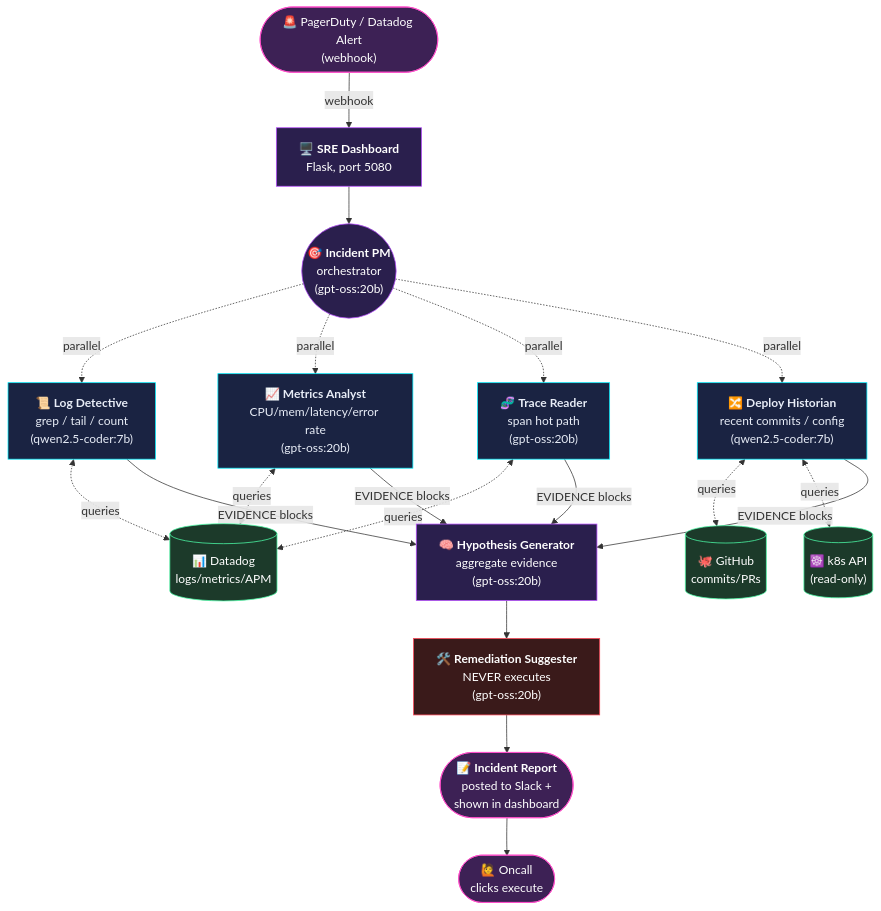
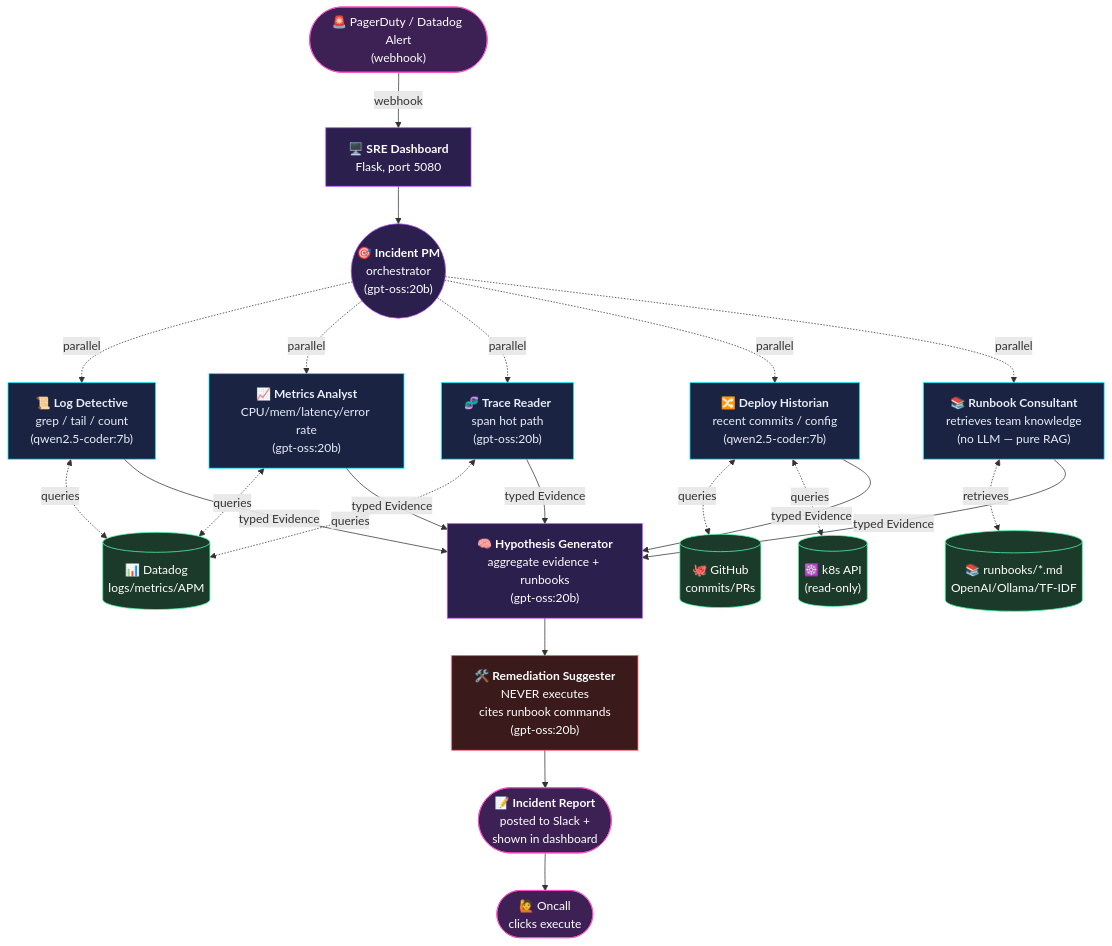
One commit to doraemonlyz-jpg/sre-agent changed the first of 2 diagrams in DESIGN.md. Above: the diagram before and after it, drawn with Mermaid. The commit also changed other lines of this file and 30 other files, not shown here.

````diff
--- a/DESIGN.md
+++ b/DESIGN.md
@@ -64,43 +64,46 @@
 ```mermaid
 flowchart TB
     Alert(["🚨 PagerDuty / Datadog Alert<br/>(webhook)"])
     Dash["🖥️ <b>SRE Dashboard</b><br/>Flask, port 5080"]
 
     PM(("🎯 <b>Incident PM</b><br/>orchestrator<br/>(gpt-oss:20b)"))
 
     LD["📜 <b>Log Detective</b><br/>grep / tail / count<br/>(qwen2.5-coder:7b)"]
     MA["📈 <b>Metrics Analyst</b><br/>CPU/mem/latency/error rate<br/>(gpt-oss:20b)"]
     TR["🧬 <b>Trace Reader</b><br/>span hot path<br/>(gpt-oss:20b)"]
     DH["🔀 <b>Deploy Historian</b><br/>recent commits / config<br/>(qwen2.5-coder:7b)"]
+    RC["📚 <b>Runbook Consultant</b><br/>retrieves team knowledge<br/>(no LLM — pure RAG)"]
 
-    HG["🧠 <b>Hypothesis Generator</b><br/>aggregate evidence<br/>(gpt-oss:20b)"]
-    RS["🛠️ <b>Remediation Suggester</b><br/>NEVER executes<br/>(gpt-oss:20b)"]
+    HG["🧠 <b>Hypothesis Generator</b><br/>aggregate evidence + runbooks<br/>(gpt-oss:20b)"]
+    RS["🛠️ <b>Remediation Suggester</b><br/>NEVER executes<br/>cites runbook commands<br/>(gpt-oss:20b)"]
 
     DD[("📊 Datadog<br/>logs/metrics/APM")]
     GH[("🐙 GitHub<br/>commits/PRs")]
     K8S[("☸️ k8s API<br/>(read-only)")]
+    RB[("📚 runbooks/*.md<br/>OpenAI/Ollama/TF-IDF")]
 
     Report(["📝 <b>Incident Report</b><br/>posted to Slack +<br/>shown in dashboard"])
     Human(["🙋 Oncall<br/>clicks execute"])
 
     Alert -->|webhook| Dash --> PM
-    PM -.parallel.-> LD & MA & TR & DH
+    PM -.parallel.-> LD & MA & TR & DH & RC
     LD <-.queries.-> DD
     MA <-.queries.-> DD
     TR <-.queries.-> DD
     DH <-.queries.-> GH
     DH <-.queries.-> K8S
-    LD & MA & TR & DH -->|EVIDENCE blocks| HG
+    RC <-.retrieves.-> RB
+    LD & MA & TR & DH & RC -->|typed Evidence| HG
     HG --> RS --> Report --> Human
 
     classDef ext fill:#3d2155,stroke:#ff4dca,color:#fff
     classDef hub fill:#2a1f4d,stroke:#b84dff,color:#fff
     classDef wkr fill:#1a2342,stroke:#00f0ff,color:#e8edf7
     classDef data fill:#1c3a2a,stroke:#4dffaa,color:#fff
     classDef safe fill:#3a1a1a,stroke:#ff4757,color:#fff
     class Alert,Human,Report ext
     class Dash,PM,HG hub
-    class LD,MA,TR,DH wkr
-    class DD,GH,K8S data
+    class LD,MA,TR,DH,RC wkr
+    class DD,GH,K8S,RB data
     class RS safe
 ```
````
